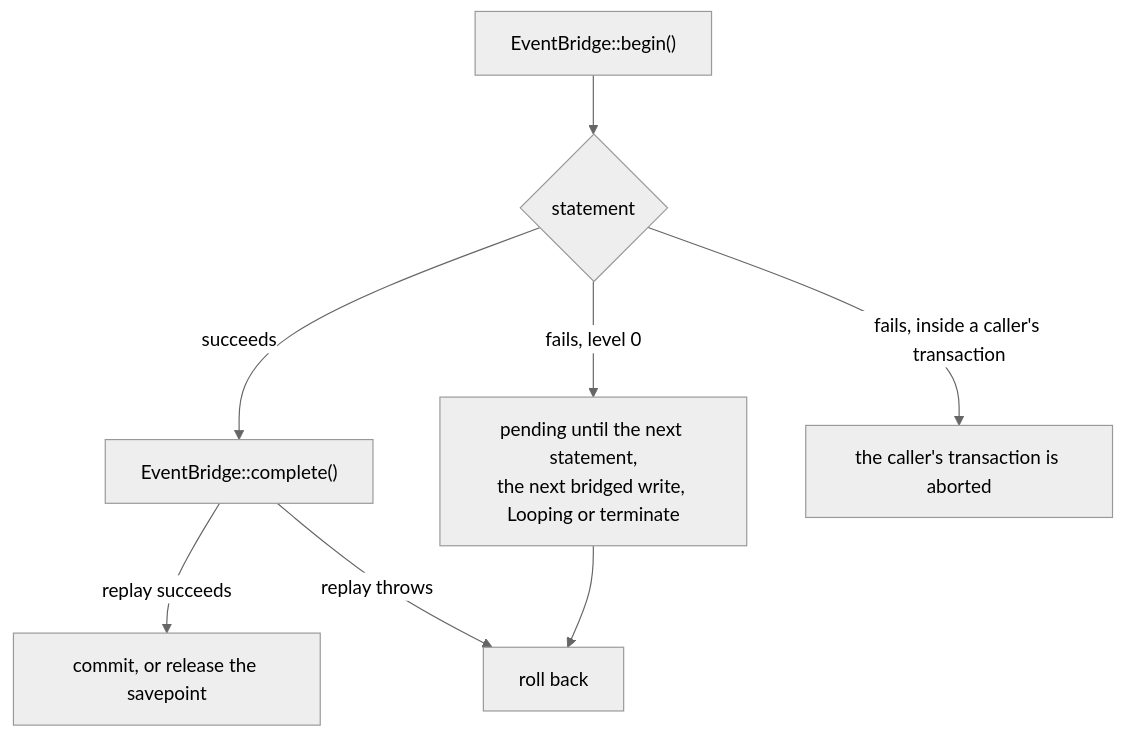
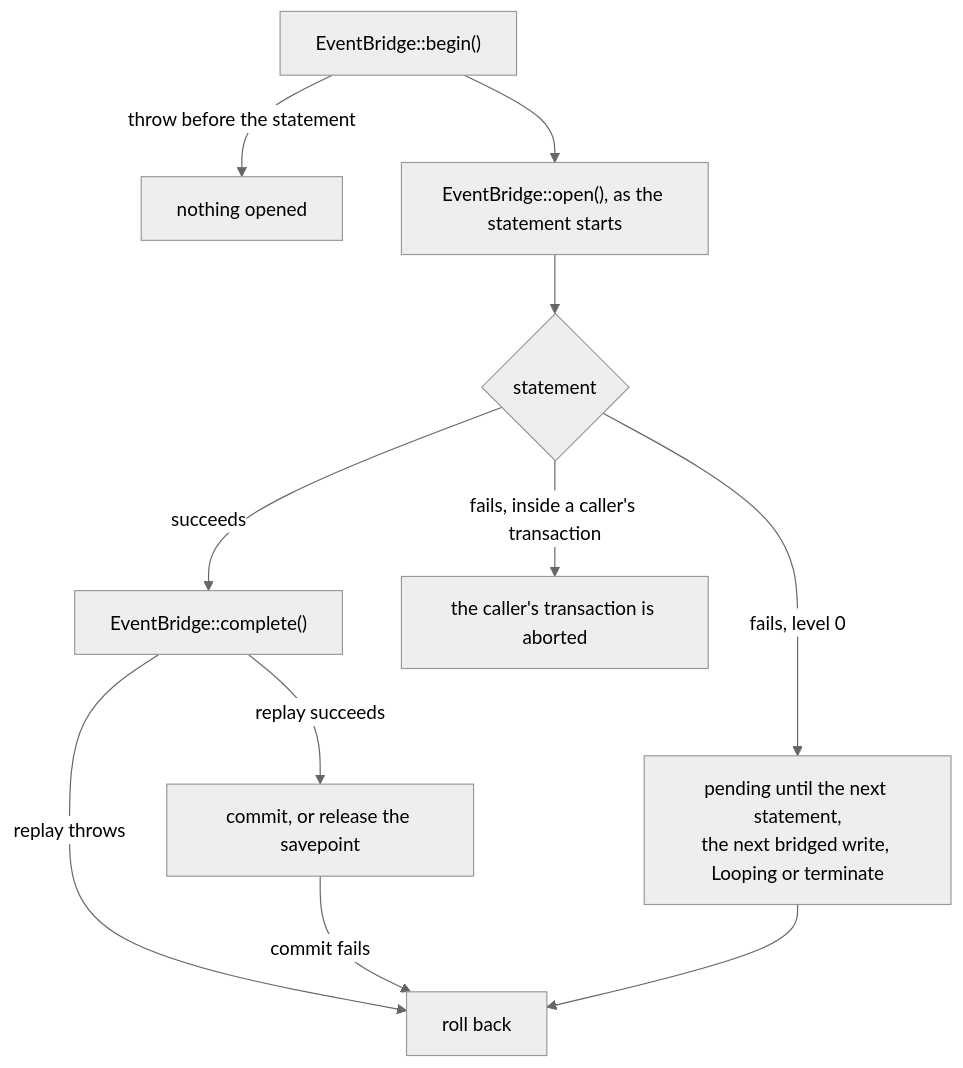
One commit to AryeoHQ/eloquent-compatibility changed the diagram in docs/flows/failure-and-rollback.md. Above: the diagram before and after it, drawn with Mermaid (neutral theme). The commit also changed other lines of this file and 45 other files, not shown here.

````diff
--- a/docs/flows/failure-and-rollback.md
+++ b/docs/flows/failure-and-rollback.md
@@ -5,10 +5,13 @@
 ```mermaid
 flowchart TD
-  Begin["EventBridge::begin()"] --> Statement{"statement"}
+  Begin["EventBridge::begin()"] -->|throw before the statement| Nothing["nothing opened"]
+  Begin --> Open["EventBridge::open(), as the statement starts"]
+  Open --> Statement{"statement"}
   Statement -->|succeeds| Complete["EventBridge::complete()"]
   Complete -->|replay succeeds| Commit["commit, or release the savepoint"]
   Complete -->|replay throws| Rollback["roll back"]
+  Commit -->|commit fails| Rollback
   Statement -->|fails, level 0| Pending["pending until the next statement,<br/>the next bridged write, Looping or terminate"]
   Pending --> Rollback
   Statement -->|fails, inside a caller's transaction| Caller["the caller's transaction is aborted"]
 ```
````
